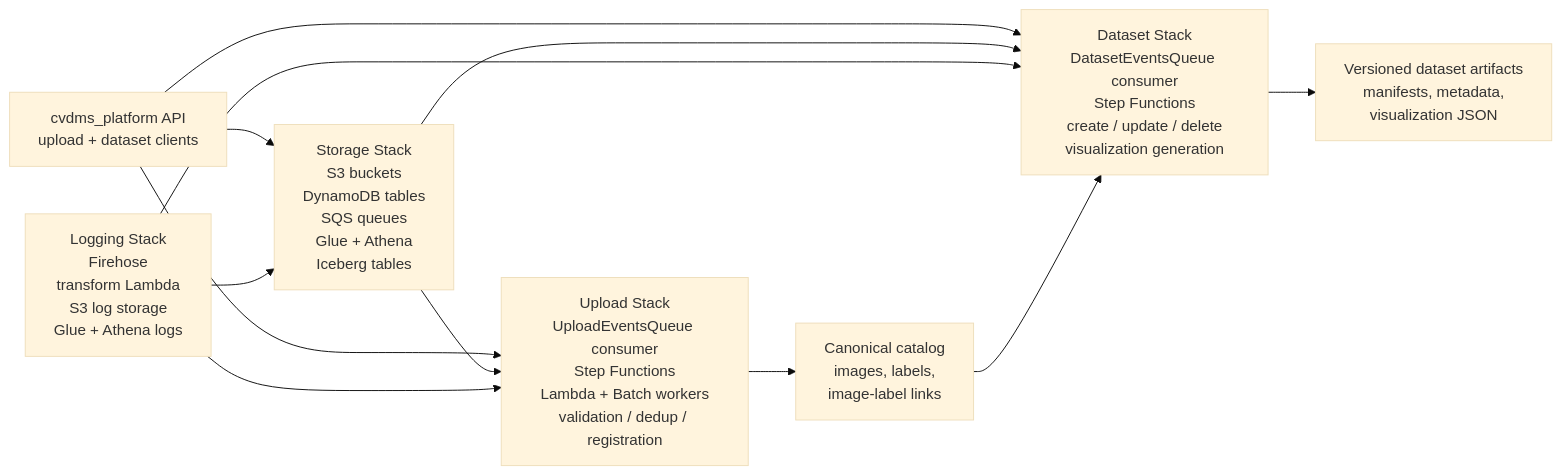
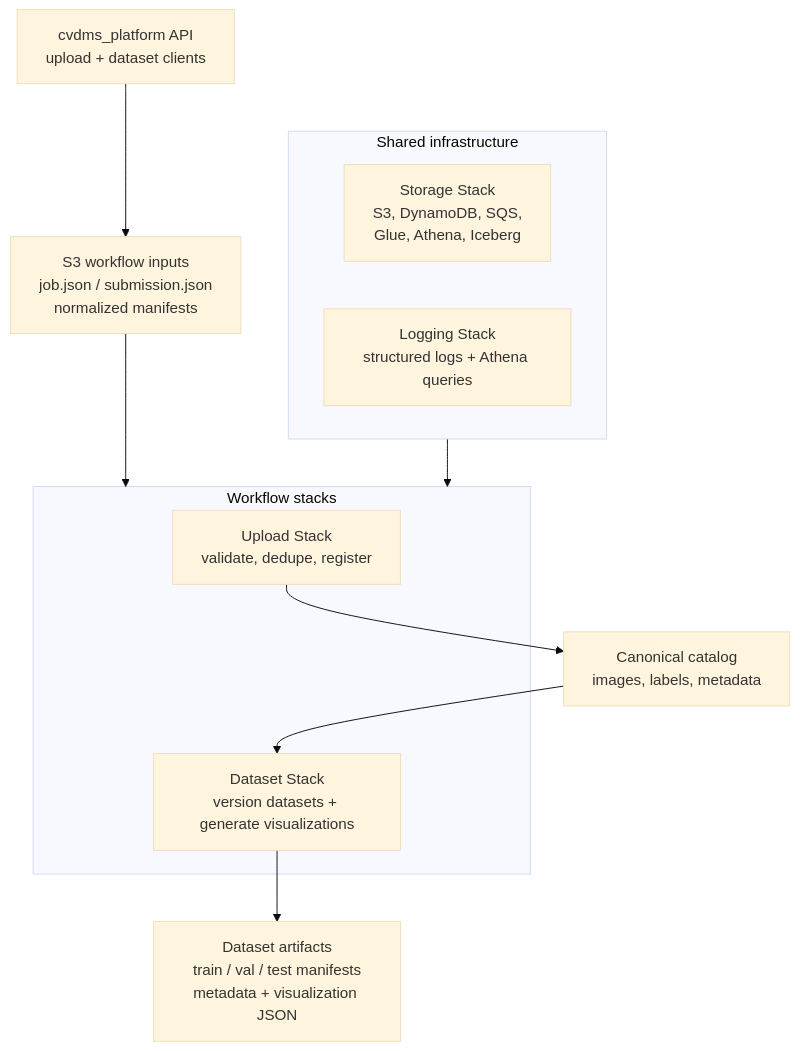
One commit to bodle720/MLProjects changed the first of 4 diagrams in AWS_Tools/Computer_Vision_DMS/cvdms_cdk/README_stacks.md. Above: the diagram before and after it, drawn with Mermaid (base theme).

Commit message:
improved chart for cvdms

````diff
--- a/AWS_Tools/Computer_Vision_DMS/cvdms_cdk/README_stacks.md
+++ b/AWS_Tools/Computer_Vision_DMS/cvdms_cdk/README_stacks.md
@@ -3,25 +3,27 @@
 ```mermaid
-flowchart LR
-    Logging["Logging Stack<br/>Firehose<br/>transform Lambda<br/>S3 log storage<br/>Glue + Athena logs"]
+flowchart TD
+    API["cvdms_platform API<br/>upload + dataset clients"]
 
-    Storage["Storage Stack<br/>S3 buckets<br/>DynamoDB tables<br/>SQS queues<br/>Glue + Athena<br/>Iceberg tables"]
+    S3Input["S3 workflow inputs<br/>job.json / submission.json<br/>normalized manifests"]
 
-    Upload["Upload Stack<br/>UploadEventsQueue consumer<br/>Step Functions<br/>Lambda + Batch workers<br/>validation / dedup / registration"]
+    subgraph Infra["Shared infrastructure"]
+        Storage["Storage Stack<br/>S3, DynamoDB, SQS,<br/>Glue, Athena, Iceberg"]
+        Logging["Logging Stack<br/>structured logs + Athena queries"]
+    end
 
-    Dataset["Dataset Stack<br/>DatasetEventsQueue consumer<br/>Step Functions<br/>create / update / delete<br/>visualization generation"]
+    subgraph Workflows["Workflow stacks"]
+        Upload["Upload Stack<br/>validate, dedupe, register"]
+        Dataset["Dataset Stack<br/>version datasets + generate visualizations"]
+    end
 
-    API["cvdms_platform API<br/>upload + dataset clients"] --> Storage
-    API --> Upload
-    API --> Dataset
+    Catalog["Canonical catalog<br/>images, labels, metadata"]
+    Artifacts["Dataset artifacts<br/>train / val / test manifests<br/>metadata + visualization JSON"]
 
-    Storage --> Upload
-    Storage --> Dataset
-    Logging --> Upload
-    Logging --> Dataset
-    Logging --> Storage
+    API --> S3Input
+    S3Input --> Workflows
+    Infra --> Workflows
 
-    Upload --> Catalog["Canonical catalog<br/>images, labels,<br/>image-label links"]
-    Dataset --> Artifacts["Versioned dataset artifacts<br/>manifests, metadata,<br/>visualization JSON"]
-
+    Upload --> Catalog
     Catalog --> Dataset
+    Dataset --> Artifacts
 ```
````
